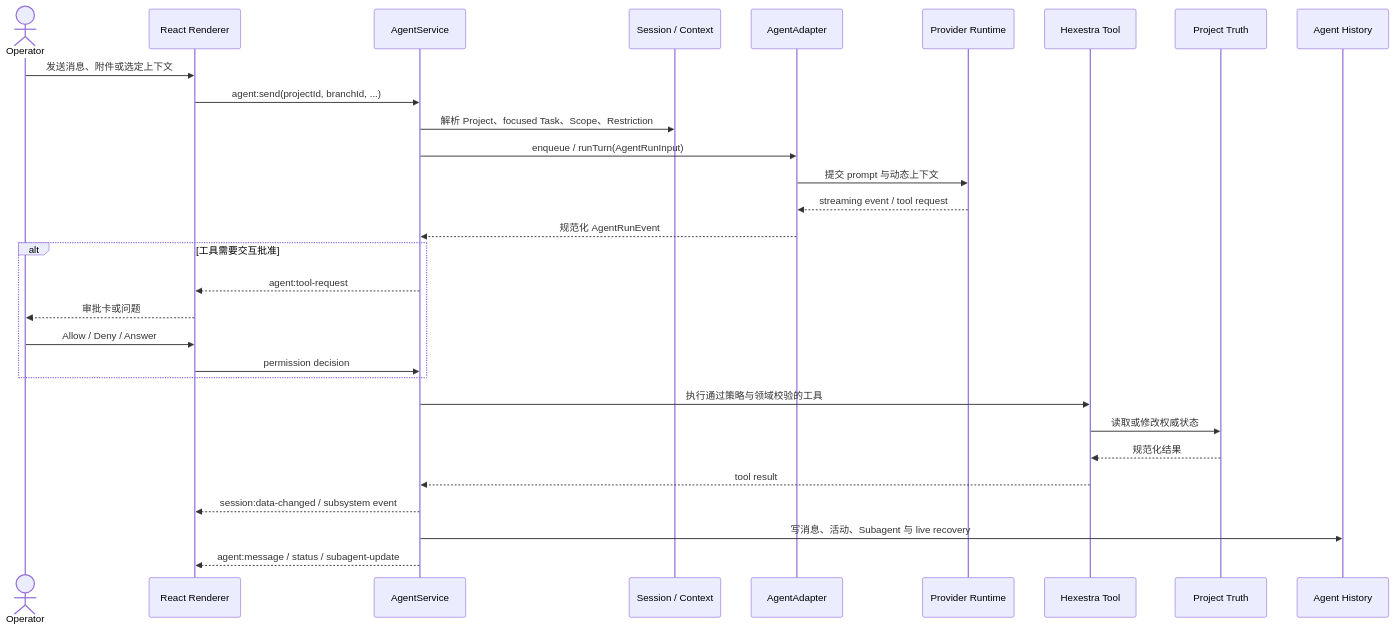
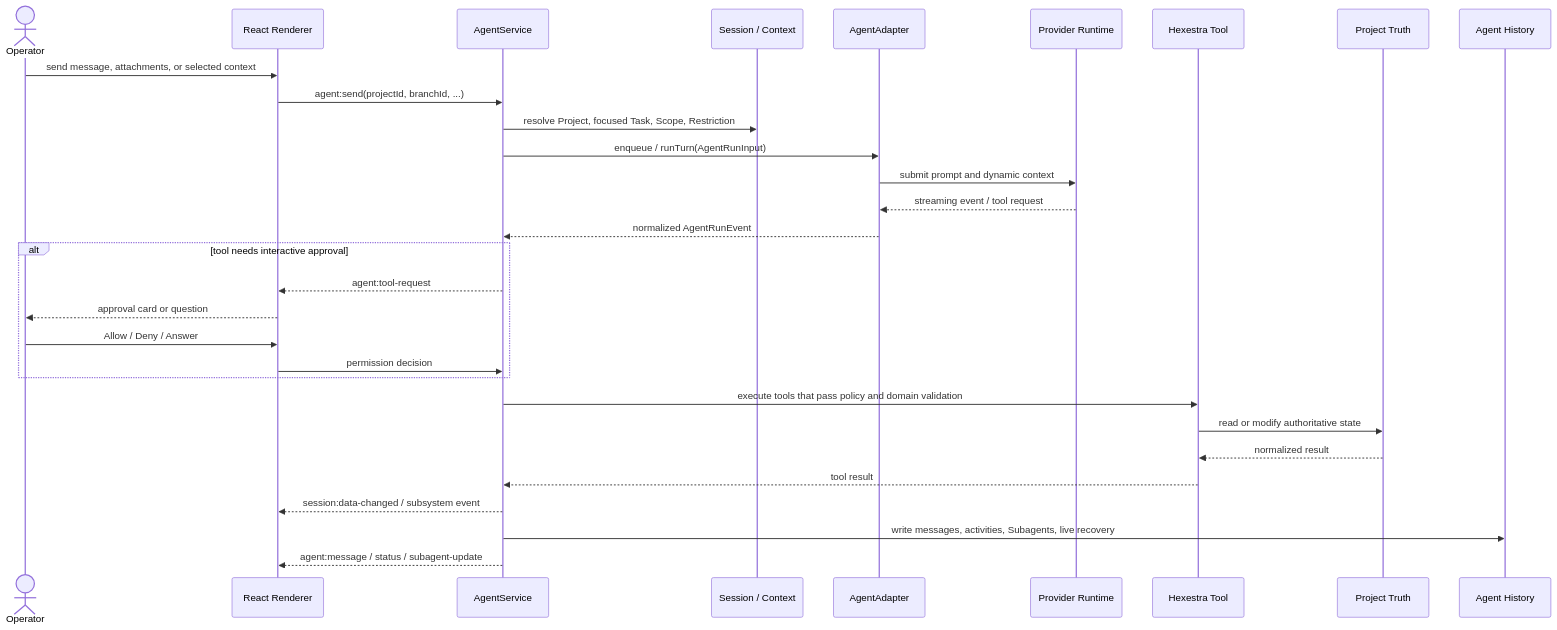
Before and after one commit to ABSllk/Hexestra: the diagram in docs/agent-runtime.md, drawn with Mermaid. The commit also changed other lines of this file and 13 other files, not shown here.

````diff
--- a/docs/agent-runtime.md
+++ b/docs/agent-runtime.md
@@ -73,35 +64,35 @@
 ```mermaid
 sequenceDiagram
     actor O as Operator
     participant R as React Renderer
     participant S as AgentService
     participant C as Session / Context
     participant A as AgentAdapter
     participant P as Provider Runtime
     participant T as Hexestra Tool
     participant D as Project Truth
     participant H as Agent History
 
-    O->>R: 发送消息、附件或选定上下文
+    O->>R: send message, attachments, or selected context
     R->>S: agent:send(projectId, branchId, ...)
-    S->>C: 解析 Project、focused Task、Scope、Restriction
+    S->>C: resolve Project, focused Task, Scope, Restriction
     S->>A: enqueue / runTurn(AgentRunInput)
-    A->>P: 提交 prompt 与动态上下文
+    A->>P: submit prompt and dynamic context
     P-->>A: streaming event / tool request
-    A-->>S: 规范化 AgentRunEvent
+    A-->>S: normalized AgentRunEvent
 
-    alt 工具需要交互批准
+    alt tool needs interactive approval
         S-->>R: agent:tool-request
-        R-->>O: 审批卡或问题
+        R-->>O: approval card or question
         O->>R: Allow / Deny / Answer
         R->>S: permission decision
     end
 
-    S->>T: 执行通过策略与领域校验的工具
-    T->>D: 读取或修改权威状态
-    D-->>T: 规范化结果
+    S->>T: execute tools that pass policy and domain validation
+    T->>D: read or modify authoritative state
+    D-->>T: normalized result
     T-->>S: tool result
     S-->>R: session:data-changed / subsystem event
-    S->>H: 写消息、活动、Subagent 与 live recovery
+    S->>H: write messages, activities, Subagents, live recovery
     S-->>R: agent:message / status / subagent-update
 ```
````
